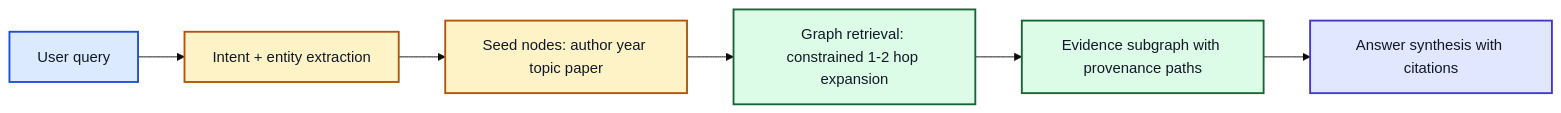
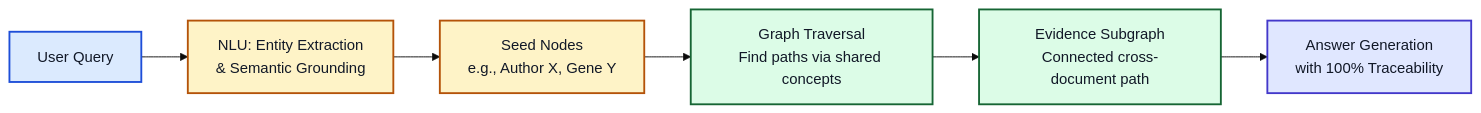
The fourth of 4 diagrams in slides.md (phiwi/chatbot), drawn with Mermaid (base theme) before and after one commit. The commit also changed other lines of this file, not shown here.

Commit message:
Improve code readability on GraphRAG slides and finalize deck updates

````diff
--- a/slides.md
+++ b/slides.md
@@ -574,13 +597,13 @@
 ```mermaid
 flowchart LR
   classDef q fill:#dbeafe,stroke:#1d4ed8,color:#111827,stroke-width:2px
   classDef step fill:#fef3c7,stroke:#b45309,color:#111827,stroke-width:2px
   classDef g fill:#dcfce7,stroke:#166534,color:#111827,stroke-width:2px
   classDef out fill:#e0e7ff,stroke:#4338ca,color:#111827,stroke-width:2px
 
-  U[User query]:::q --> I[Intent + entity extraction]:::step
-  I --> S[Seed nodes: author year topic paper]:::step
-  S --> G[Graph retrieval: constrained 1-2 hop expansion]:::g
-  G --> E[Evidence subgraph with provenance paths]:::g
-  E --> A[Answer synthesis with citations]:::out
+  U[User Query]:::q --> I[NLU: Entity Extraction<br>& Semantic Grounding]:::step
+  I --> S[Seed Nodes<br>e.g., Author X, Gene Y]:::step
+  S --> G[Graph Traversal<br>Find paths via shared concepts]:::g
+  G --> E[Evidence Subgraph<br>Connected cross-document path]:::g
+  E --> A[Answer Generation<br>with 100% Traceability]:::out
 ```
````
